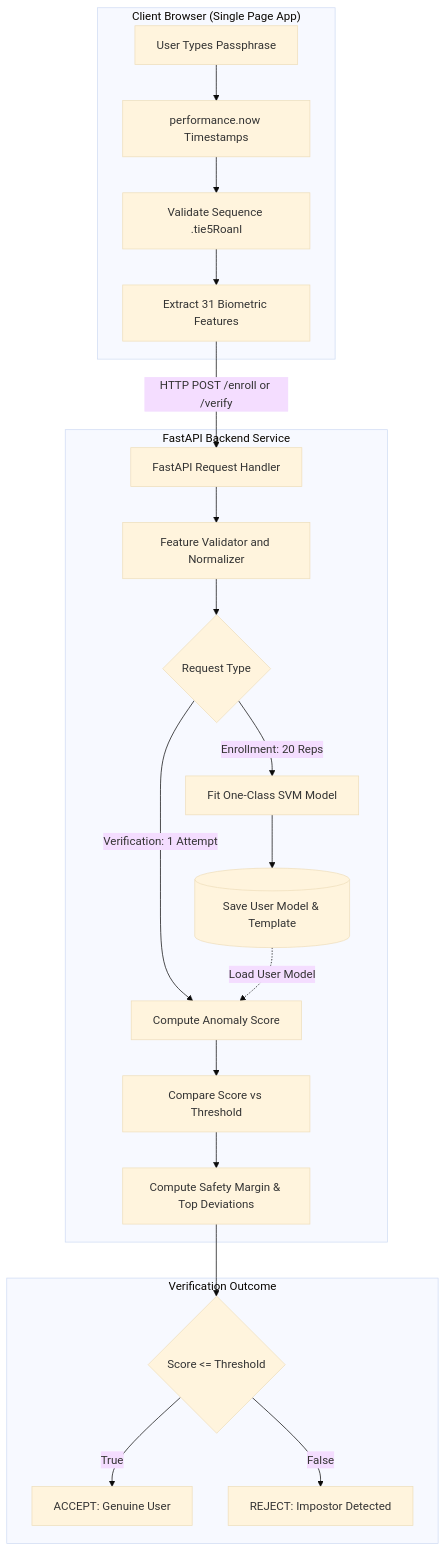
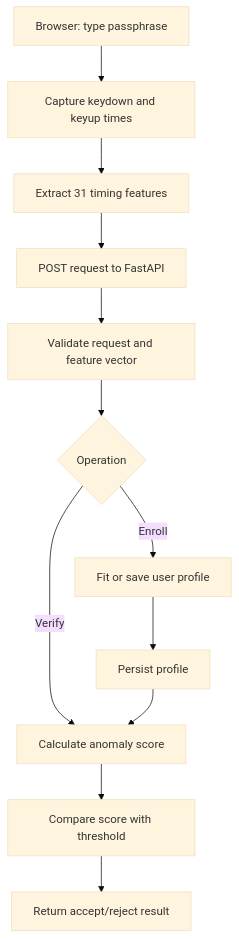
Before and after one commit to Pranav-Pardeshii/Keyro: the diagram in README.md, drawn with Mermaid (base theme). The commit also changed other lines of this file, not shown here.

````diff
--- a/README.md
+++ b/README.md
@@ -177,26 +136,14 @@
 ```mermaid
 flowchart TD
-    subgraph Client["Client Browser (Single Page App)"]
-        A[User Types Passphrase] --> B[performance.now Timestamps]
-        B --> C[Validate Sequence .tie5Roanl]
-        C --> D[Extract 31 Biometric Features]
-    end
-
-    subgraph Server["FastAPI Backend Service"]
-        D -->|HTTP POST /enroll or /verify| E[FastAPI Request Handler]
-        E --> F[Feature Validator and Normalizer]
-        F --> G{Request Type}
-        G -->|Enrollment: 20 Reps| H[Fit One-Class SVM Model]
-        H --> I[(Save User Model & Template)]
-        G -->|Verification: 1 Attempt| J[Compute Anomaly Score]
-        I -.->|Load User Model| J
-        J --> K[Compare Score vs Threshold]
-        K --> L[Compute Safety Margin & Top Deviations]
-    end
-
-    subgraph Decision["Verification Outcome"]
-        L --> M{Score <= Threshold}
-        M -->|True| N[ACCEPT: Genuine User]
-        M -->|False| O[REJECT: Impostor Detected]
-    end
+    A[Browser: type passphrase] --> B[Capture keydown and keyup times]
+    B --> C[Extract 31 timing features]
+    C --> D[POST request to FastAPI]
+    D --> E[Validate request and feature vector]
+    E --> F{Operation}
+    F -->|Enroll| G[Fit or save user profile]
+    F -->|Verify| H[Calculate anomaly score]
+    G --> I[Persist profile]
+    I --> H
+    H --> J[Compare score with threshold]
+    J --> K[Return accept/reject result]
 ```
````
